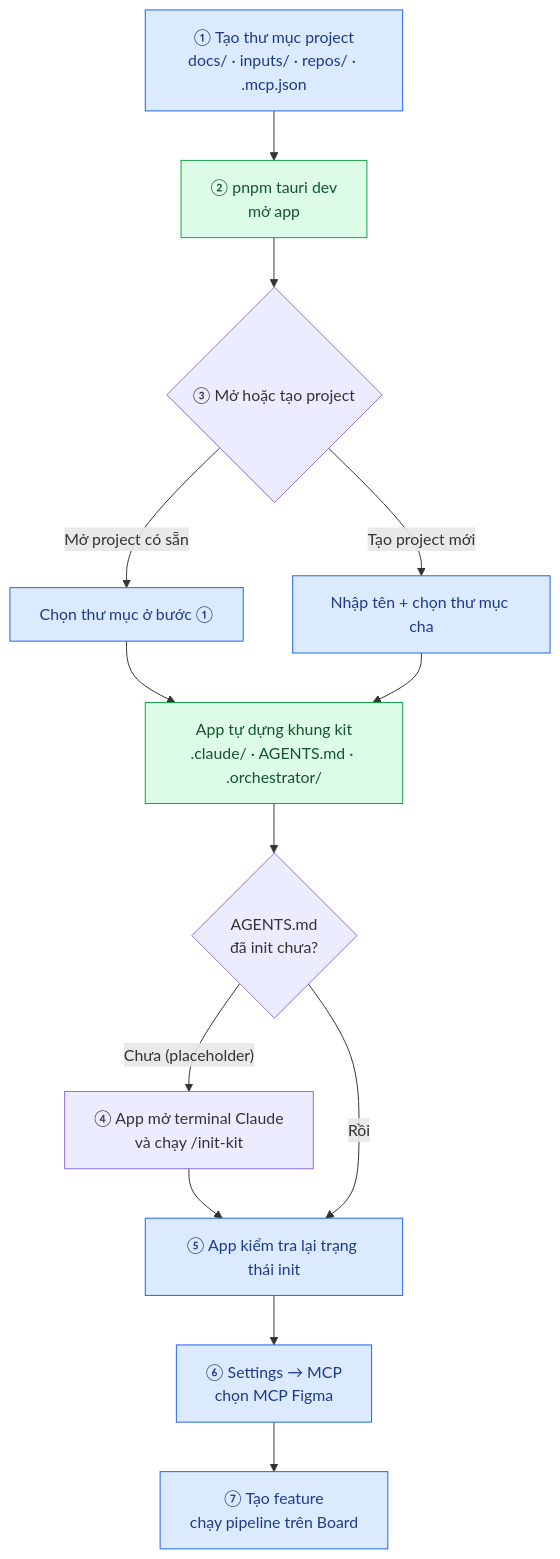
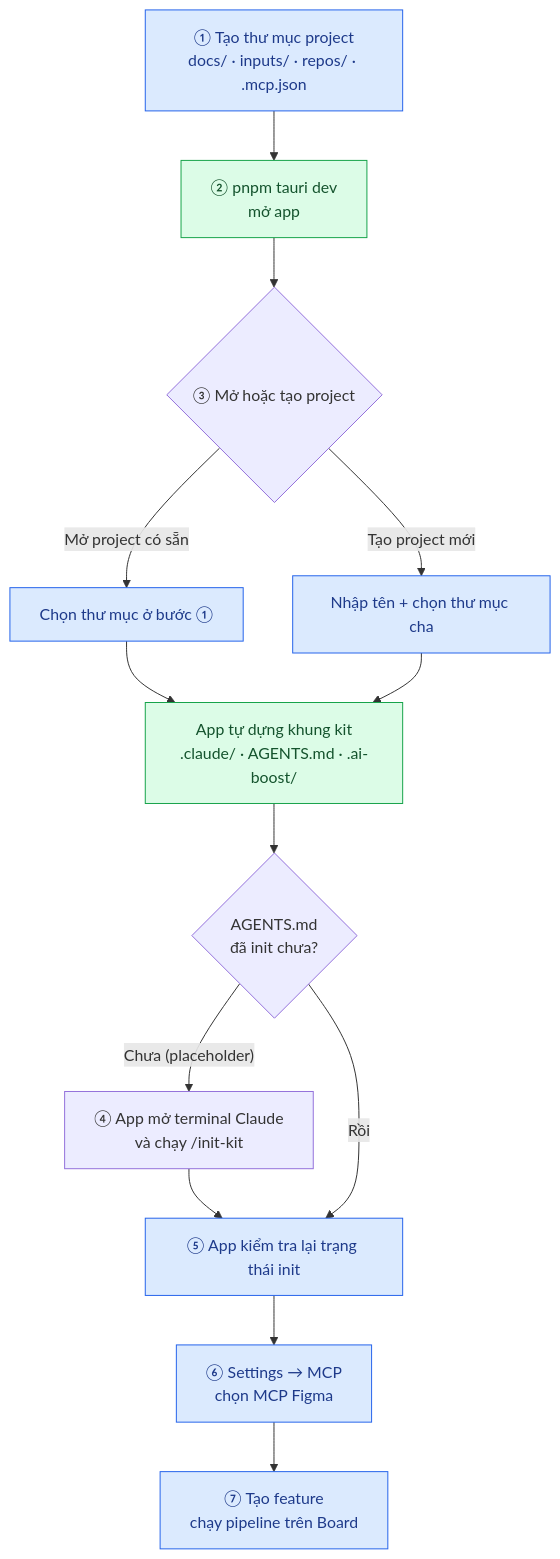
One commit to dipro-vn/dipro-ai-boost changed the diagram in project-ai-kit/orchestrator-app/README.md. Above: the diagram before and after it, drawn with Mermaid. The commit also changed other lines of this file and 87 other files, not shown here.

Commit message:
feat: update flow init-kit

````diff
--- a/project-ai-kit/orchestrator-app/README.md
+++ b/project-ai-kit/orchestrator-app/README.md
@@ -26,20 +26,20 @@
 ```mermaid
 flowchart TD
     A["① Tạo thư mục project<br/>docs/ · inputs/ · repos/ · .mcp.json"] --> B["② pnpm tauri dev<br/>mở app"]
     B --> C{"③ Mở hoặc tạo project"}
     C -- "Mở project có sẵn" --> C1["Chọn thư mục ở bước ①"]
     C -- "Tạo project mới" --> C2["Nhập tên + chọn thư mục cha"]
-    C1 --> D["App tự dựng khung kit<br/>.claude/ · AGENTS.md · .orchestrator/"]
+    C1 --> D["App tự dựng khung kit<br/>.claude/ · AGENTS.md · .ai-boost/"]
     C2 --> D
     D --> E{"AGENTS.md<br/>đã init chưa?"}
     E -- "Chưa (placeholder)" --> F["④ App mở terminal Claude<br/>và chạy /init-kit"]
     F --> G["⑤ App kiểm tra lại trạng thái init"]
     E -- "Rồi" --> G
     G --> H["⑥ Settings → MCP<br/>chọn MCP Figma"]
     H --> I["⑦ Tạo feature<br/>chạy pipeline trên Board"]
 
     classDef user fill:#DBEAFE,stroke:#2563EB,color:#1E3A8A
     classDef app fill:#DCFCE7,stroke:#16A34A,color:#14532D
     class A,C1,C2,G,H,I user
     class B,D app
 ```
````
